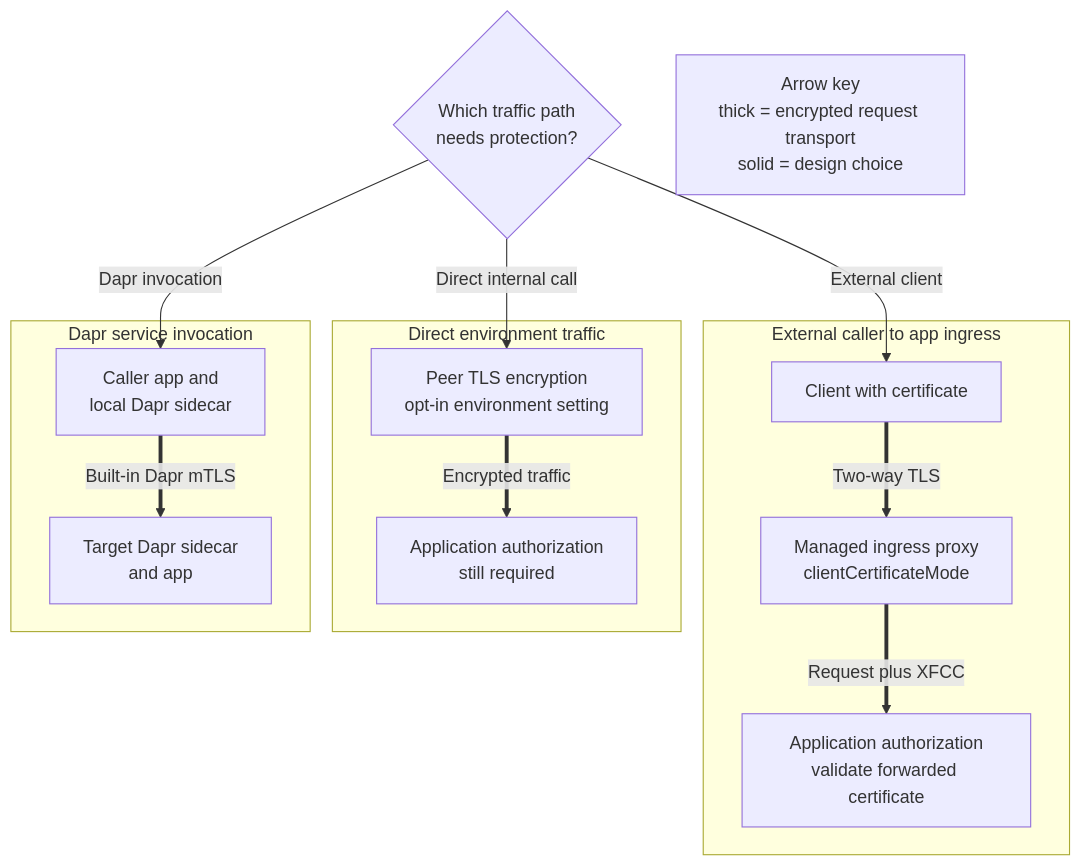
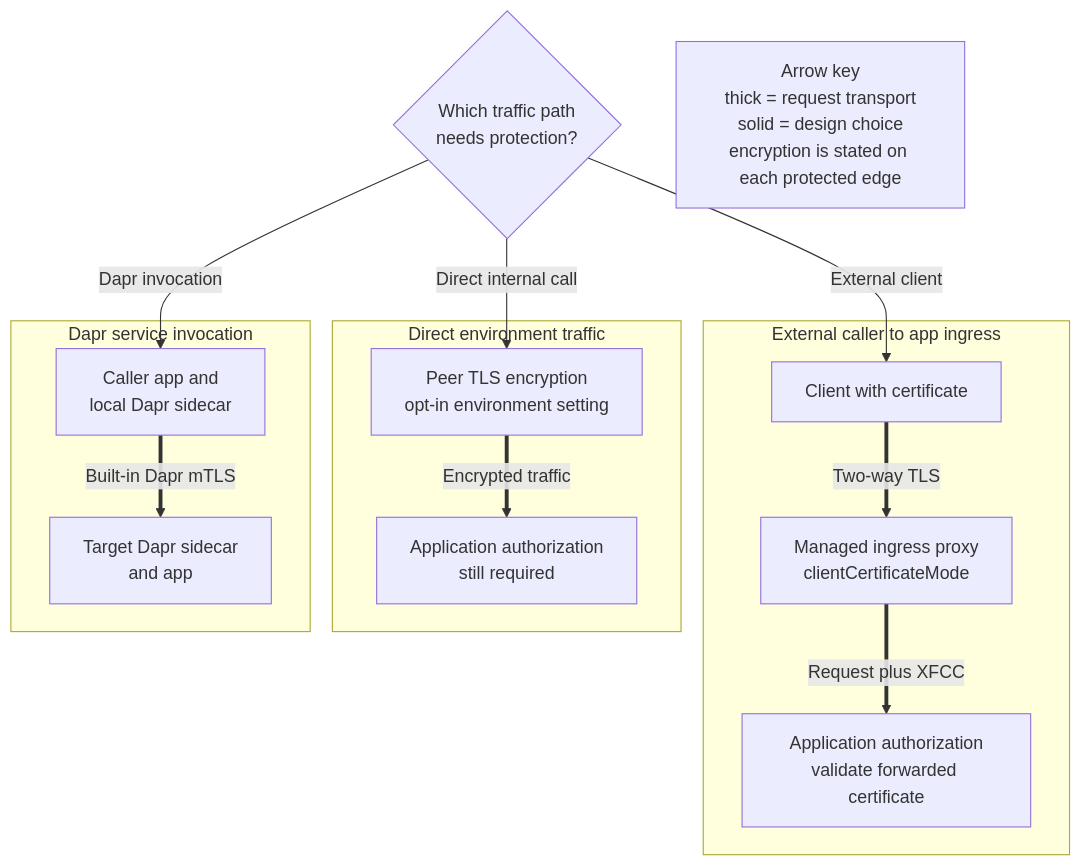
The diagram in docs/best-practices/mtls.md (yeongseon/azure-container-apps-practical-guide), drawn with Mermaid before and after one commit. The commit also changed 1 other file, not shown here.

Commit message:
fix(diagrams): correct mTLS and Dapr flow semantics

````diff
--- a/docs/best-practices/mtls.md
+++ b/docs/best-practices/mtls.md
@@ -41,33 +41,33 @@
 ```mermaid
 flowchart TD
     accTitle: Choose the Container Apps mTLS-related control for each traffic path
     accDescr: External callers can present client certificates to managed ingress, which forwards certificate details to the application for authorization. Direct traffic in the environment can use opt-in peer TLS encryption, which does not provide application authorization. Dapr service invocation uses built-in sidecar-to-sidecar mutual TLS.
 
     PATH{"Which traffic path<br/>needs protection?"}
 
     subgraph EDGE["External caller to app ingress"]
         CLIENT["Client with certificate"]
         INGRESS["Managed ingress proxy<br/>clientCertificateMode"]
         APP_AUTH["Application authorization<br/>validate forwarded certificate"]
         CLIENT ==>|"Two-way TLS"| INGRESS
         INGRESS ==>|"Request plus XFCC"| APP_AUTH
     end
 
     subgraph PEER["Direct environment traffic"]
         PEER_TLS["Peer TLS encryption<br/>opt-in environment setting"]
         PEER_AUTH["Application authorization<br/>still required"]
         PEER_TLS ==>|"Encrypted traffic"| PEER_AUTH
     end
 
     subgraph DAPR["Dapr service invocation"]
         CALLER["Caller app and<br/>local Dapr sidecar"]
         CALLEE["Target Dapr sidecar<br/>and app"]
         CALLER ==>|"Built-in Dapr mTLS"| CALLEE
     end
 
     PATH -->|"External client"| CLIENT
     PATH -->|"Direct internal call"| PEER_TLS
     PATH -->|"Dapr invocation"| CALLER
 
-    LEGEND["Arrow key<br/>thick = encrypted request transport<br/>solid = design choice"]
+    LEGEND["Arrow key<br/>thick = request transport<br/>solid = design choice<br/>encryption is stated on each protected edge"]
 ```
````
